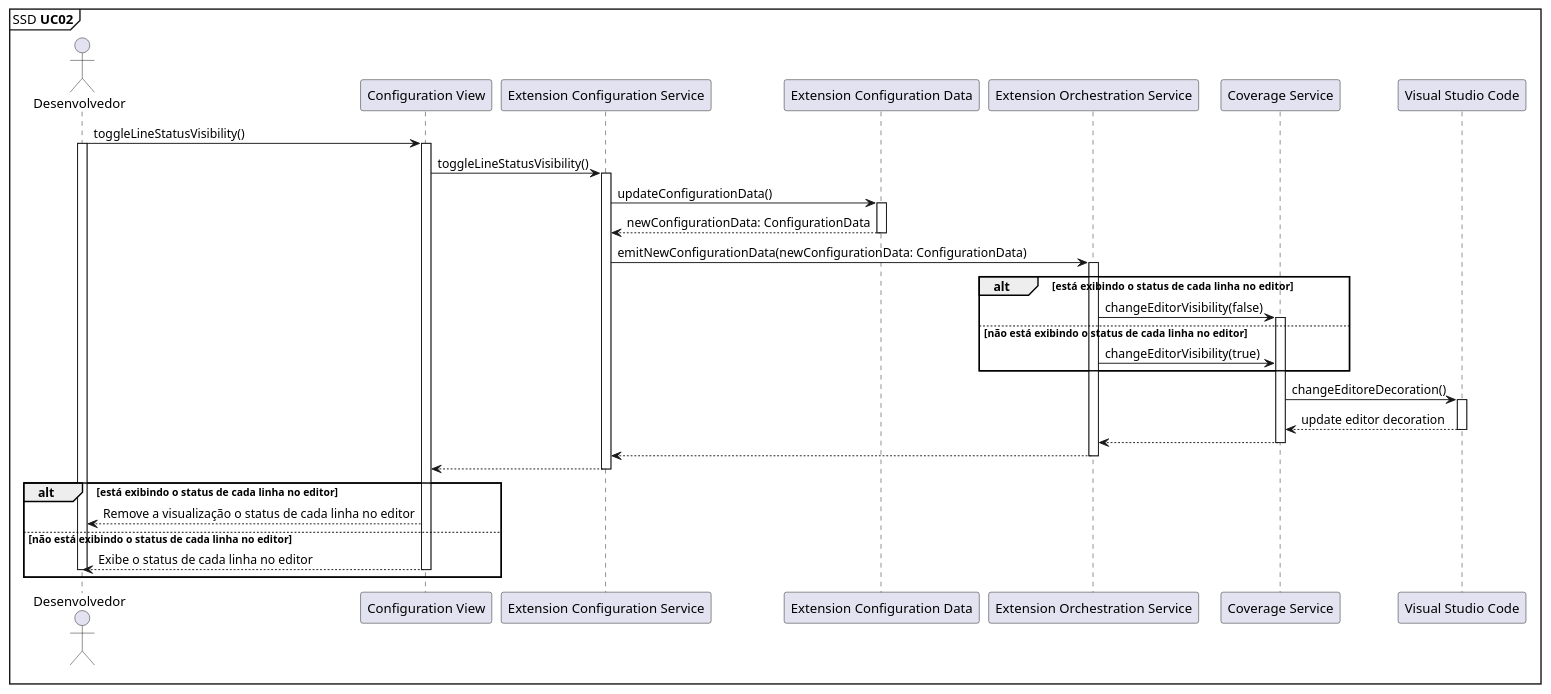
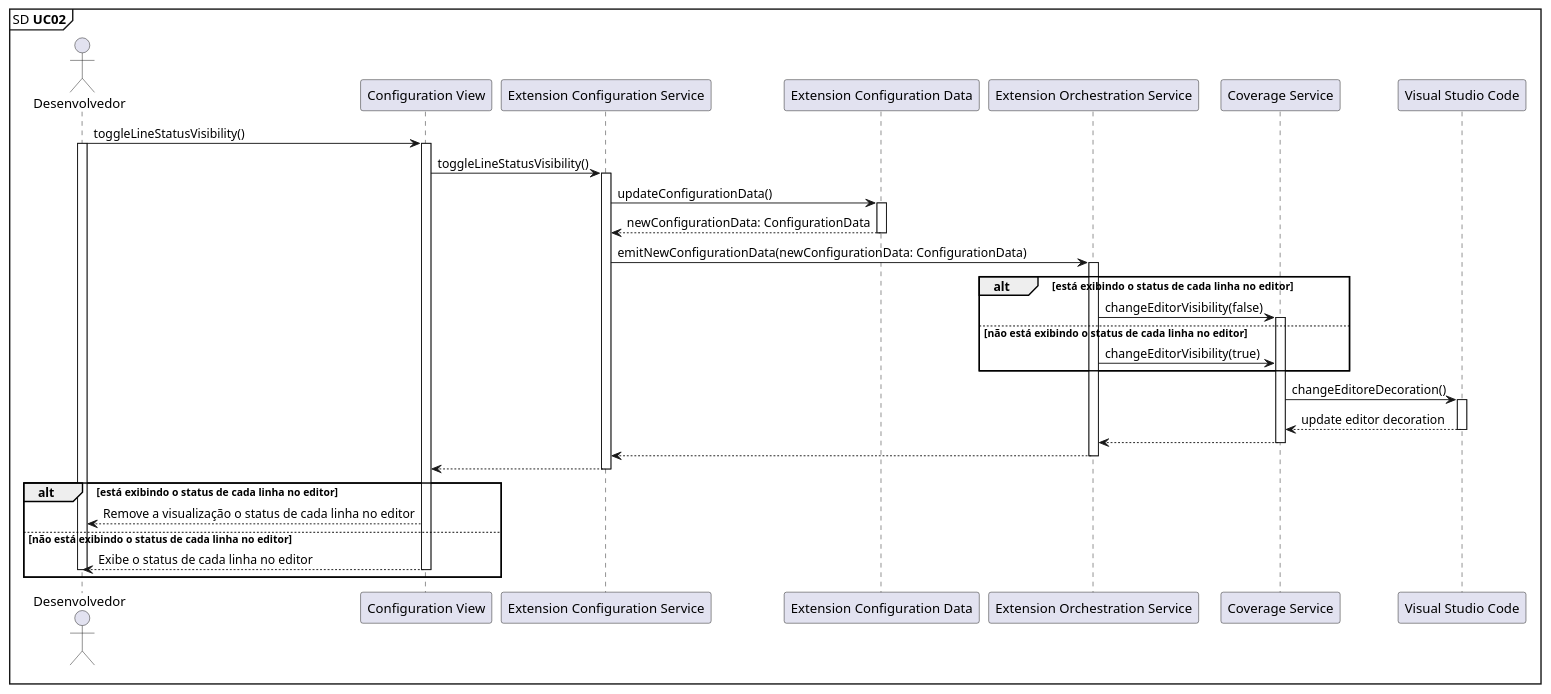
Before and after one commit to ICEI-PUC-Minas-PPLES-TI/plf-es-2022-1-tcci-5308100-dev-arthur-rocha-guilherme-oliveira: the diagram in Artefatos/Diagrama de Sequência/PlantUML/UC02.plantuml, drawn with PlantUML. The commit also changed 7 other files, not shown here.

```diff
--- a/Artefatos/Diagrama de Sequência/PlantUML/UC02.plantuml
+++ b/Artefatos/Diagrama de Sequência/PlantUML/UC02.plantuml
@@ -1,66 +1,66 @@
 @startuml
 
-mainframe SSD **UC02** 
+mainframe SD **UC02** 
 
 'UC02: Como desenvolvedor, desejo alternar a visualização do status de cada linha no editor.
 
 actor       Desenvolvedor        as Dev
 participant "Configuration View" as ConfigurationView
 participant "Extension Configuration Service" as ExtensionConfigurationService
 participant "Extension Configuration Data" as ExtensionConfigurationData
 participant "Extension Orchestration Service" as ExtensionOrchestrationService
 participant "Coverage Service" as CoverageService
 participant "Visual Studio Code" as VSCode
 
 Dev -> ConfigurationView: toggleLineStatusVisibility()
 activate Dev
 activate ConfigurationView
 
 ConfigurationView -> ExtensionConfigurationService: toggleLineStatusVisibility()
 activate ExtensionConfigurationService
 
 ExtensionConfigurationService -> ExtensionConfigurationData: updateConfigurationData()
 activate ExtensionConfigurationData
 
 ExtensionConfigurationService <-- ExtensionConfigurationData: newConfigurationData: ConfigurationData
 deactivate ExtensionConfigurationData
 
 ExtensionConfigurationService -> ExtensionOrchestrationService: emitNewConfigurationData(newConfigurationData: ConfigurationData)
 activate ExtensionOrchestrationService
 
 alt está exibindo o status de cada linha no editor
 
   ExtensionOrchestrationService -> CoverageService: changeEditorVisibility(false)
   activate CoverageService
 else não está exibindo o status de cada linha no editor
   ExtensionOrchestrationService -> CoverageService: changeEditorVisibility(true)
 end
 
 CoverageService -> VSCode: changeEditoreDecoration()
 activate VSCode
 
 CoverageService <-- VSCode: update editor decoration
 deactivate VSCode
 
 ExtensionOrchestrationService <-- CoverageService
 deactivate CoverageService
 
 ExtensionConfigurationService <-- ExtensionOrchestrationService
 deactivate ExtensionOrchestrationService
 
 ConfigurationView <-- ExtensionConfigurationService
 deactivate ExtensionConfigurationService
 
 alt está exibindo o status de cada linha no editor
 
   Dev <-- ConfigurationView: Remove a visualização o status de cada linha no editor
 
 else não está exibindo o status de cada linha no editor
 
   Dev <-- ConfigurationView: Exibe o status de cada linha no editor
   
   deactivate Dev
   deactivate ConfigurationView
 
 end
 @enduml
```
